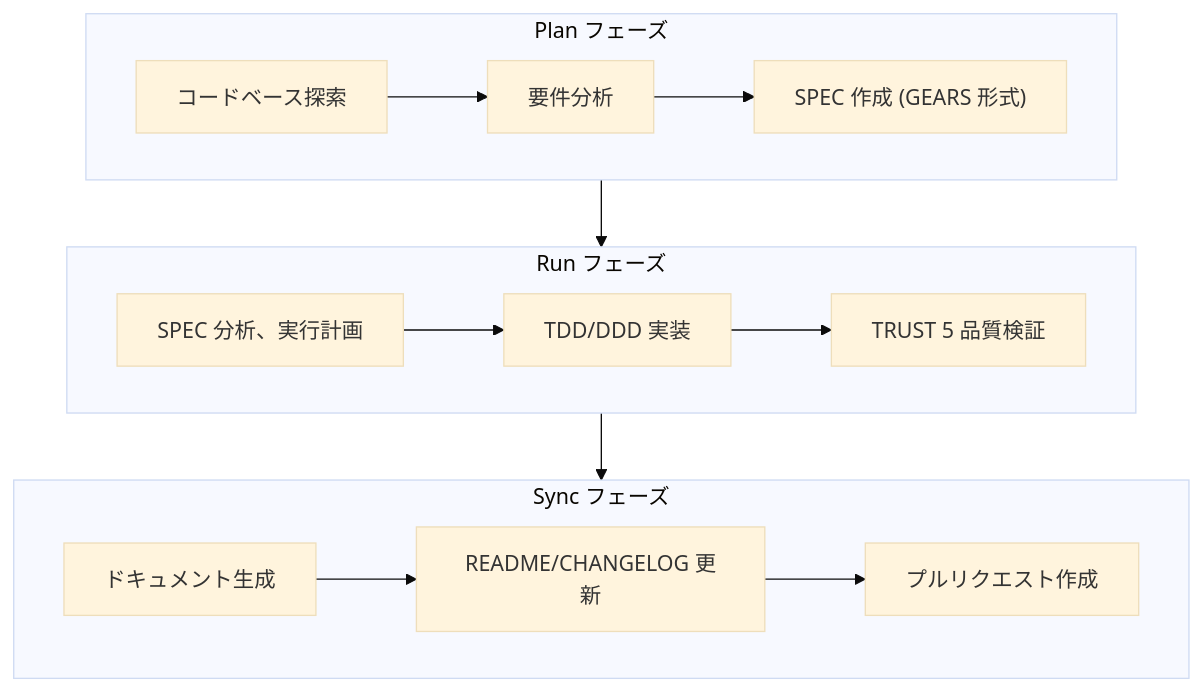
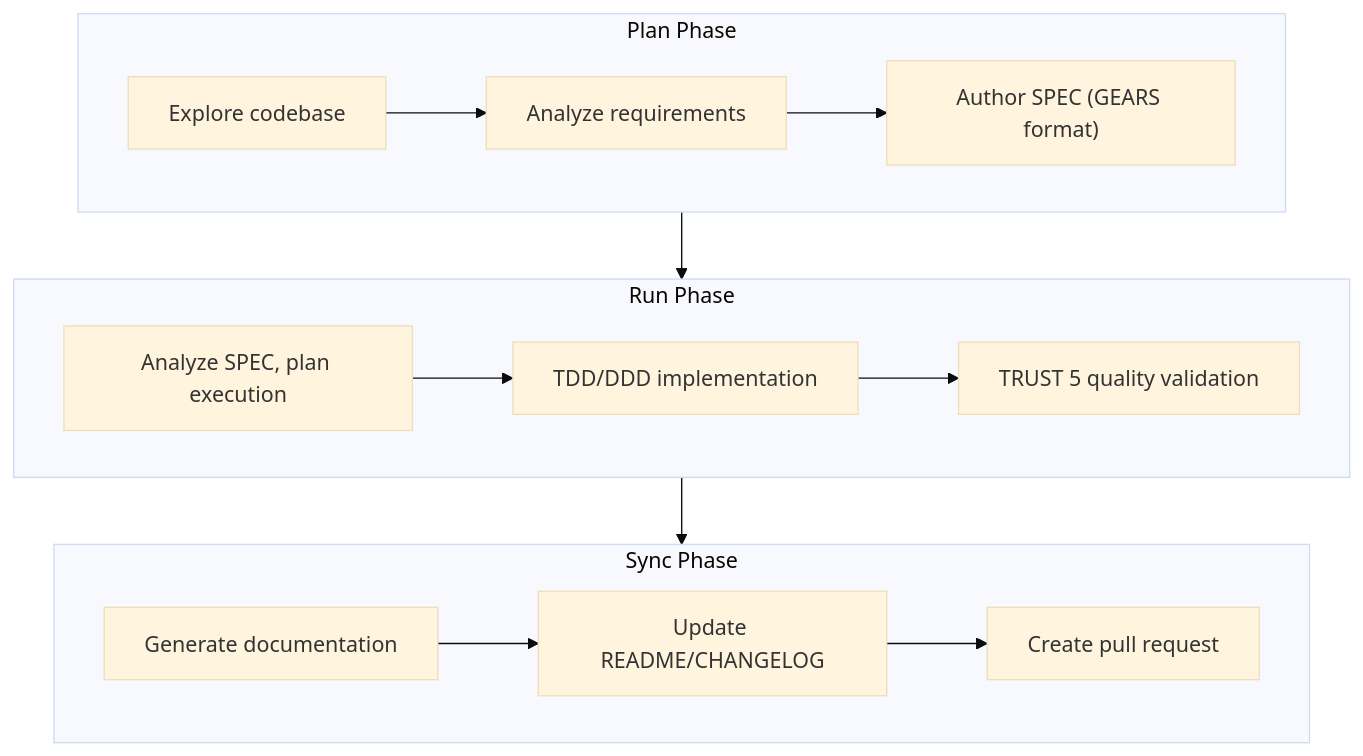
Before and after one commit to modu-ai/moai-adk: the third of 5 diagrams in README.ja.md, drawn with Mermaid (base theme). The commit also changed other lines of this file and 3 other files, not shown here.

````diff
--- a/README.ja.md
+++ b/README.ja.md
@@ -298,20 +354,20 @@
 ```mermaid
 flowchart TB
-    subgraph Plan ["Plan フェーズ"]
-        P1["コードベース探索"] --> P2["要件分析"]
-        P2 --> P3["SPEC 作成 (GEARS 形式)"]
+    subgraph Plan ["Plan Phase"]
+        P1["Explore codebase"] --> P2["Analyze requirements"]
+        P2 --> P3["Author SPEC (GEARS format)"]
     end
 
-    subgraph Run ["Run フェーズ"]
-        R1["SPEC 分析、実行計画"] --> R2["TDD/DDD 実装"]
-        R2 --> R3["TRUST 5 品質検証"]
+    subgraph Run ["Run Phase"]
+        R1["Analyze SPEC, plan execution"] --> R2["TDD/DDD implementation"]
+        R2 --> R3["TRUST 5 quality validation"]
     end
 
-    subgraph Sync ["Sync フェーズ"]
-        S1["ドキュメント生成"] --> S2["README/CHANGELOG 更新"]
-        S2 --> S3["プルリクエスト作成"]
+    subgraph Sync ["Sync Phase"]
+        S1["Generate documentation"] --> S2["Update README/CHANGELOG"]
+        S2 --> S3["Create pull request"]
     end
 
     Plan --> Run
     Run --> Sync
 ```
````
